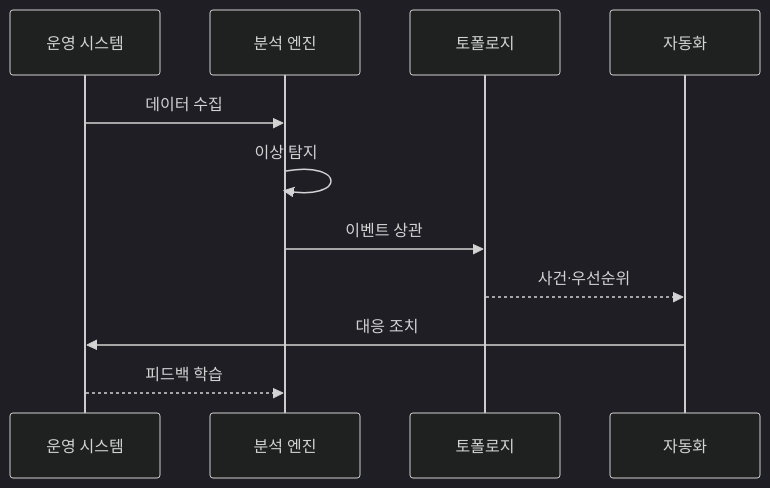
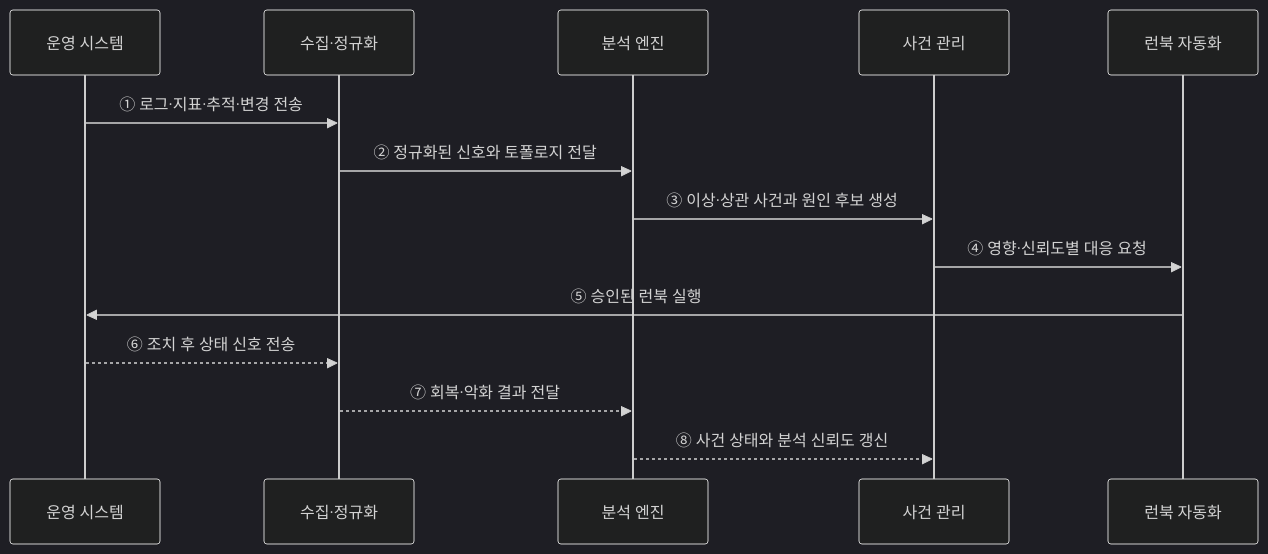
The second of 2 diagrams in src/content/docs/notes/03-software/167_aiops.md (agnusdei1207/knowledge-base), drawn with Mermaid (dark theme) before and after one commit. The commit also changed other lines of this file and 20 other files, not shown here.

````diff
--- a/src/content/docs/notes/03-software/167_aiops.md
+++ b/src/content/docs/notes/03-software/167_aiops.md
@@ -78,13 +71,16 @@
 ```mermaid
 sequenceDiagram
     participant O as 운영 시스템
+    participant I as 수집·정규화
     participant A as 분석 엔진
-    participant T as 토폴로지
-    participant R as 자동화
-    O->>A: 데이터 수집
-    A->>A: 이상 탐지
-    A->>T: 이벤트 상관
-    T-->>R: 사건·우선순위
-    R->>O: 대응 조치
-    O-->>A: 피드백 학습
+    participant M as 사건 관리
+    participant R as 런북 자동화
+    O->>I: ① 로그·지표·추적·변경 전송
+    I->>A: ② 정규화된 신호와 토폴로지 전달
+    A->>M: ③ 이상·상관 사건과 원인 후보 생성
+    M->>R: ④ 영향·신뢰도별 대응 요청
+    R->>O: ⑤ 승인된 런북 실행
+    O-->>I: ⑥ 조치 후 상태 신호 전송
+    I-->>A: ⑦ 회복·악화 결과 전달
+    A-->>M: ⑧ 사건 상태와 분석 신뢰도 갱신
 ```
````
